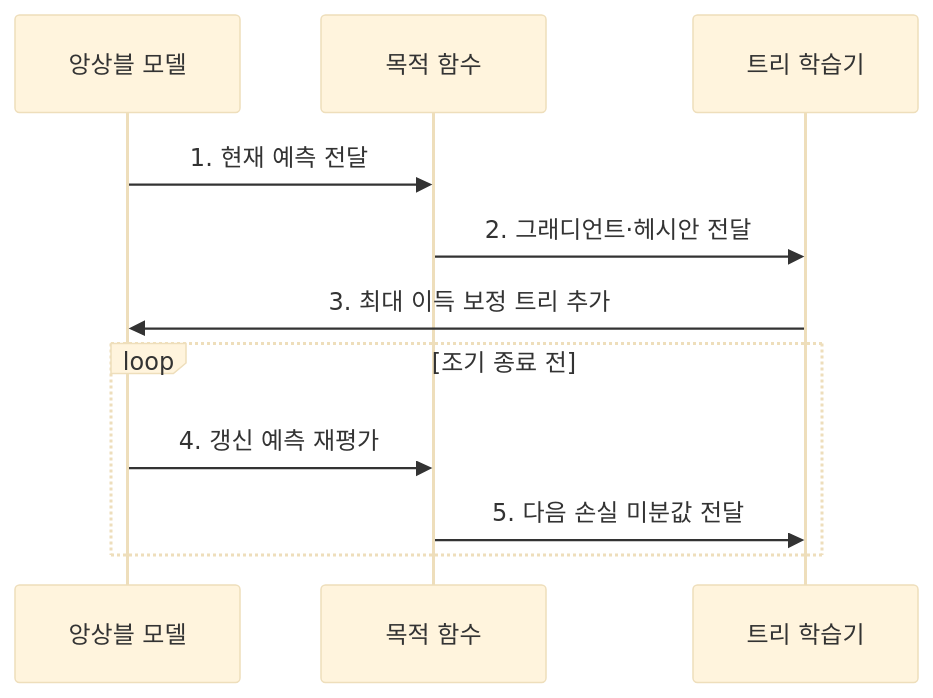
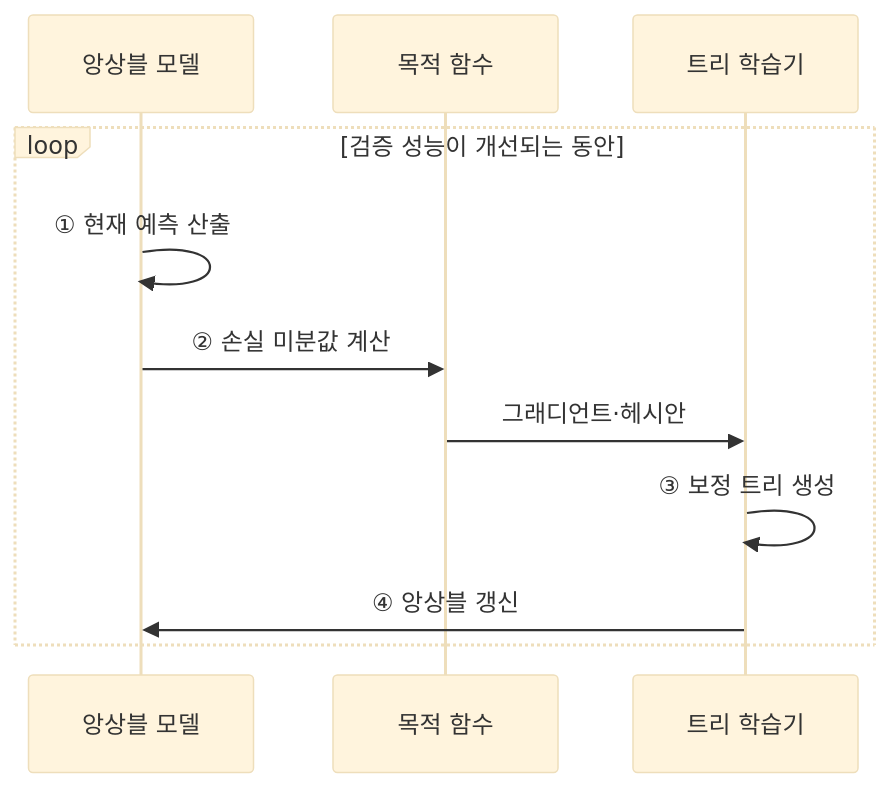
Before and after one commit to agnusdei1207/knowledge-base: the third of 3 diagrams in src/content/docs/notes/01-basic-theory/053_xgboost_lightgbm.md, drawn with Mermaid (base theme). The commit also changed other lines of this file and 22 other files, not shown here.

````diff
--- a/src/content/docs/notes/01-basic-theory/053_xgboost_lightgbm.md
+++ b/src/content/docs/notes/01-basic-theory/053_xgboost_lightgbm.md
@@ -66,13 +84,13 @@
 ```mermaid
 sequenceDiagram
     participant M as 앙상블 모델
     participant O as 목적 함수
     participant T as 트리 학습기
-    M->>O: 1. 현재 예측 전달
-    O->>T: 2. 그래디언트·헤시안 전달
-    T->>M: 3. 최대 이득 보정 트리 추가
-    loop 조기 종료 전
-        M->>O: 4. 갱신 예측 재평가
-        O->>T: 5. 다음 손실 미분값 전달
+    loop 검증 성능이 개선되는 동안
+        M->>M: ① 현재 예측 산출
+        M->>O: ② 손실 미분값 계산
+        O->>T: 그래디언트·헤시안
+        T->>T: ③ 보정 트리 생성
+        T->>M: ④ 앙상블 갱신
     end
 ```
````
